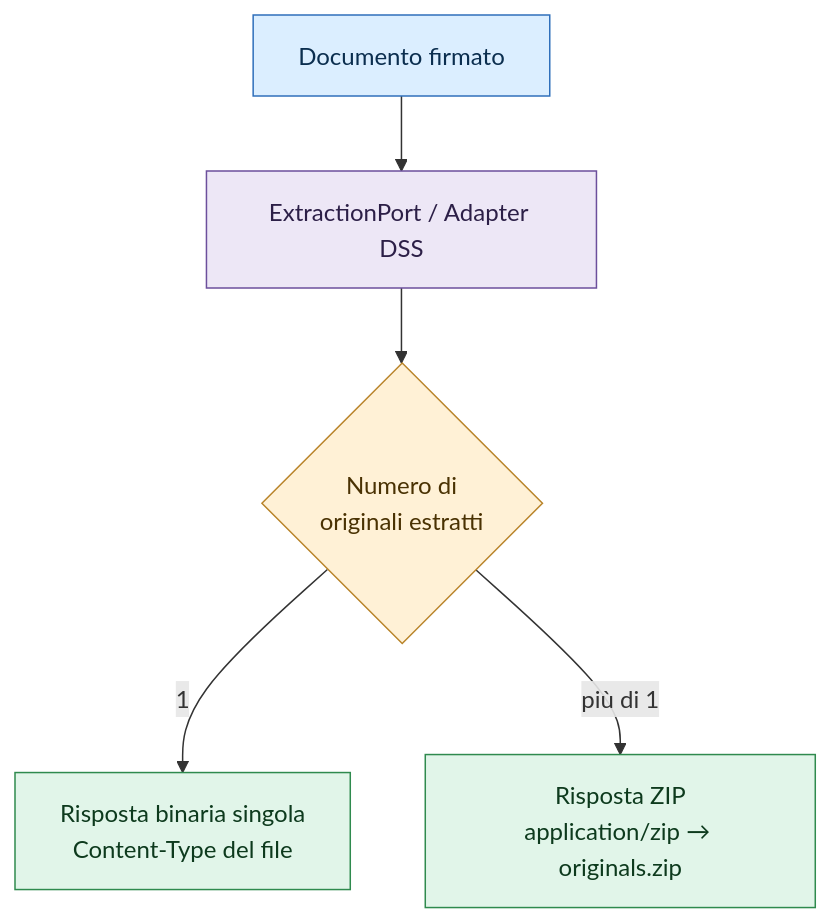
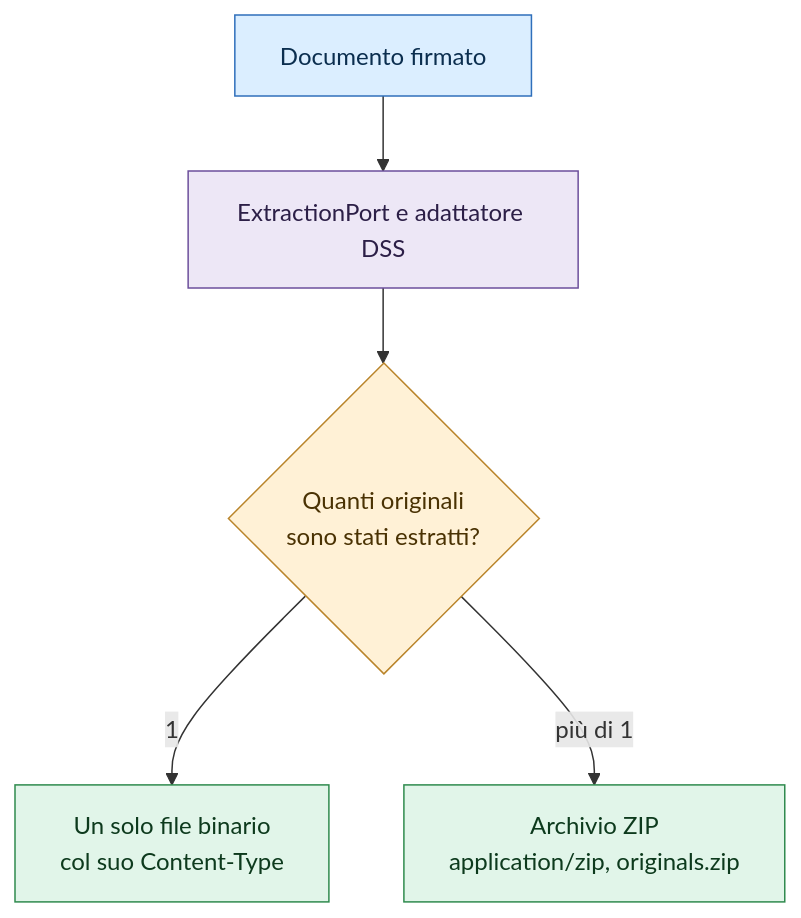
The diagram in docs/it/06-estrazione-file.md (toresoft/sign-verify), drawn with Mermaid before and after one commit. The commit also changed other lines of this file and 14 other files, not shown here.

````diff
--- a/docs/it/06-estrazione-file.md
+++ b/docs/it/06-estrazione-file.md
@@ -13,16 +13,16 @@
 ```mermaid
 flowchart TD
-    F[Documento firmato] --> X[ExtractionPort / Adapter DSS]
-    X --> N{Numero di\noriginali estratti}
-    N -- 1 --> S[Risposta binaria singola\nContent-Type del file]
-    N -- più di 1 --> Z[Risposta ZIP\napplication/zip → originals.zip]
+    F[Documento firmato] --> X["ExtractionPort e adattatore DSS"]
+    X --> N{"Quanti originali\nsono stati estratti?"}
+    N -- 1 --> S["Un solo file binario\ncol suo Content-Type"]
+    N -- più di 1 --> Z["Archivio ZIP\napplication/zip, originals.zip"]
 
     classDef input fill:#dbeeff,stroke:#2f6fbb,color:#0b2e4f
     classDef adapter fill:#ede7f6,stroke:#6c4f9c,color:#2c1f47
     classDef decision fill:#fff1d6,stroke:#b9842a,color:#4a3203
     classDef output fill:#e1f5e9,stroke:#2f8a4e,color:#0d3a1d
     class F input
     class X adapter
     class N decision
     class S,Z output
 ```
````
